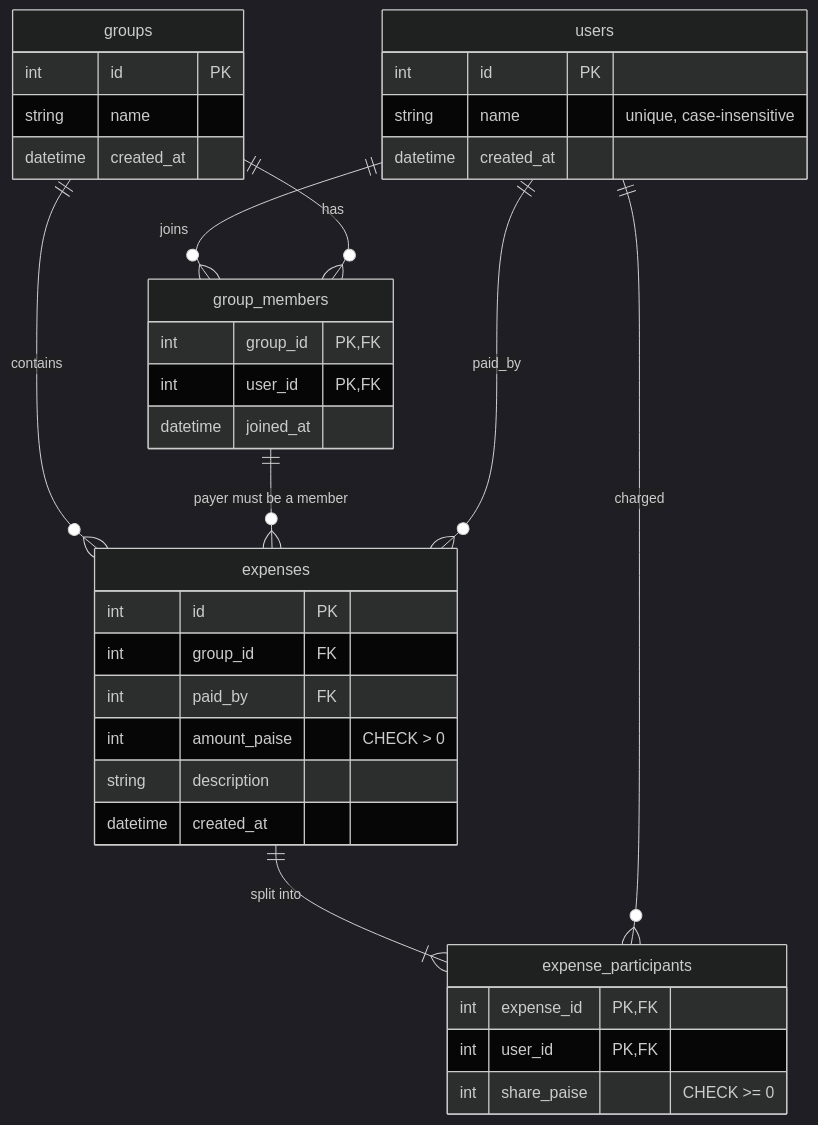
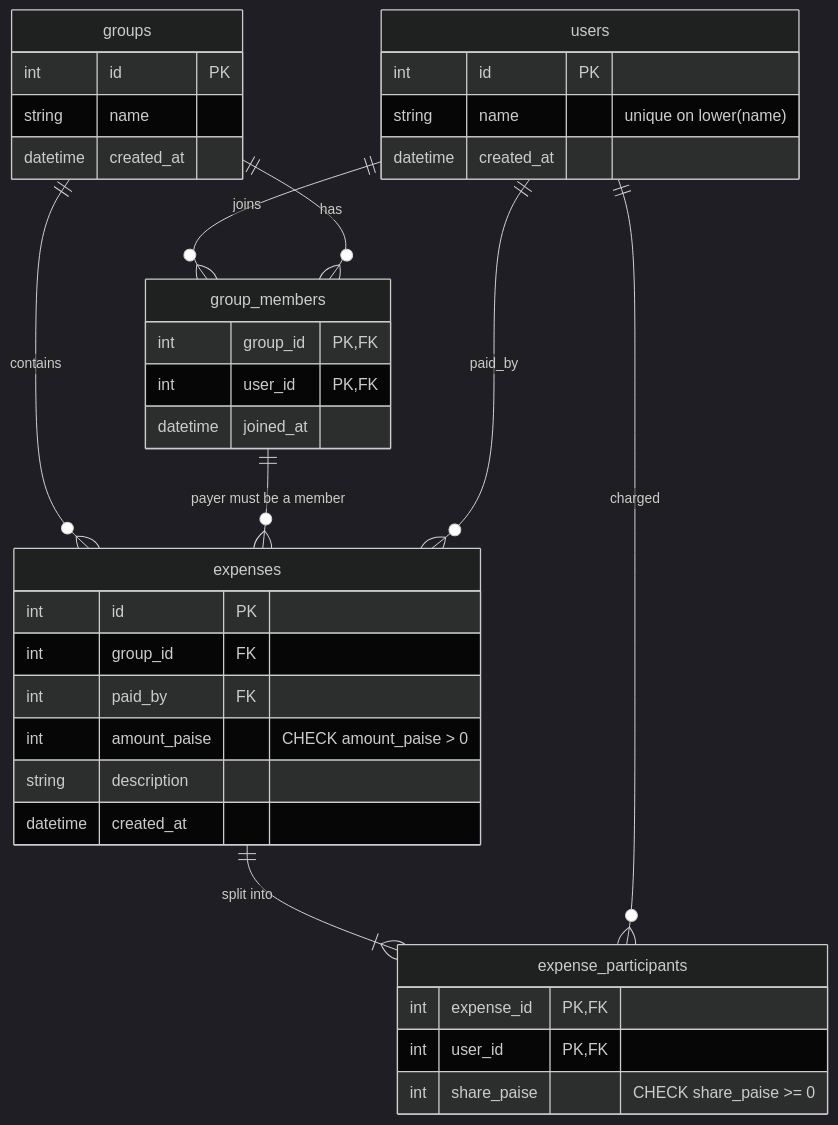
Before and after one commit to prathamesh193/expense-sharing-service: the diagram in README.md, drawn with Mermaid (dark theme). The commit also changed other lines of this file, not shown here.

````diff
--- a/README.md
+++ b/README.md
@@ -60,29 +155,39 @@
 ```mermaid
 erDiagram
     users ||--o{ group_members : "joins"
     groups ||--o{ group_members : "has"
     groups ||--o{ expenses : "contains"
     group_members ||--o{ expenses : "payer must be a member"
     users ||--o{ expenses : "paid_by"
     expenses ||--|{ expense_participants : "split into"
     users ||--o{ expense_participants : "charged"
 
-    users { int id PK
-            string name "unique, case-insensitive"
-            datetime created_at }
-    groups { int id PK
-             string name
-             datetime created_at }
-    group_members { int group_id PK,FK
-                    int user_id PK,FK
-                    datetime joined_at }
-    expenses { int id PK
-               int group_id FK
-               int paid_by FK
-               int amount_paise "CHECK > 0"
-               string description
-               datetime created_at }
-    expense_participants { int expense_id PK,FK
-                           int user_id PK,FK
-                           int share_paise "CHECK >= 0" }
+    users {
+        int id PK
+        string name "unique on lower(name)"
+        datetime created_at
+    }
+    groups {
+        int id PK
+        string name
+        datetime created_at
+    }
+    group_members {
+        int group_id PK, FK
+        int user_id PK, FK
+        datetime joined_at
+    }
+    expenses {
+        int id PK
+        int group_id FK
+        int paid_by FK
+        int amount_paise "CHECK amount_paise > 0"
+        string description
+        datetime created_at
+    }
+    expense_participants {
+        int expense_id PK, FK
+        int user_id PK, FK
+        int share_paise "CHECK share_paise >= 0"
+    }
 ```
````
